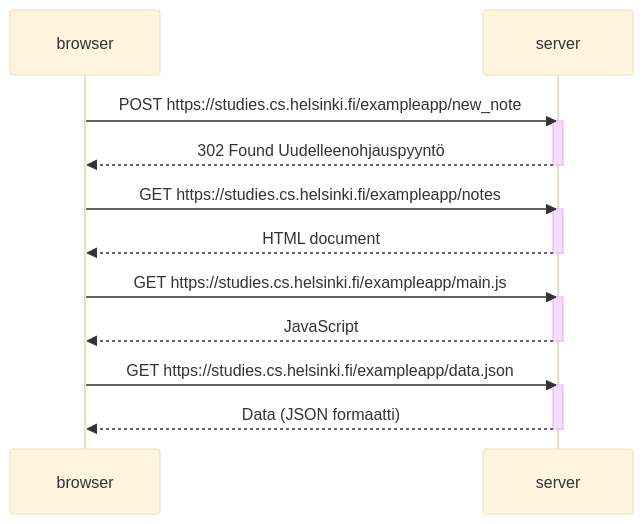
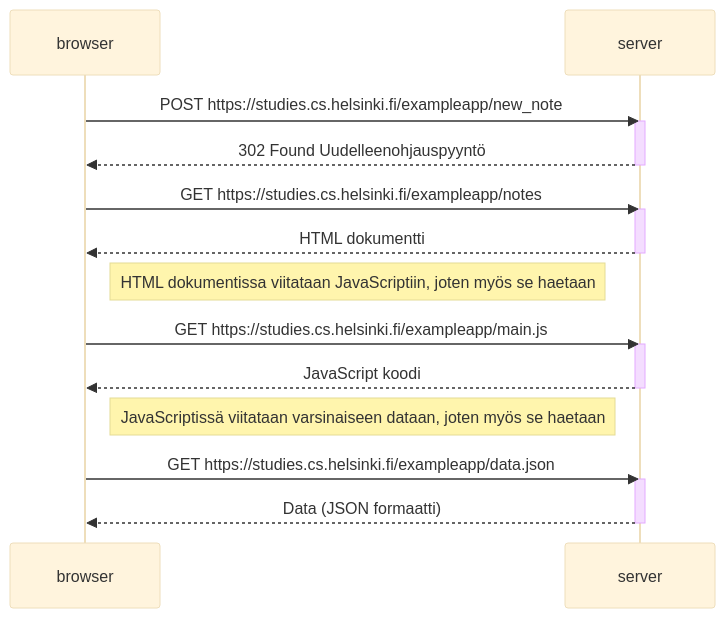
The diagram in osa0/new_note.md (mdsanna/full_stack_websovelluskehitys), drawn with Mermaid (base theme) before and after one commit.

````diff
--- a/osa0/new_note.md
+++ b/osa0/new_note.md
@@ -1,25 +1,27 @@
 ```mermaid
 sequenceDiagram
     participant browser
     participant server
 
 browser->>server: POST https://studies.cs.helsinki.fi/exampleapp/new_note
 activate server
 server-->>browser: 302 Found Uudelleenohjauspyyntö
 deactivate server
 
 browser->>server: GET https://studies.cs.helsinki.fi/exampleapp/notes
 activate server
-server-->>browser: HTML document
+server-->>browser: HTML dokumentti
 deactivate server
+Note right of browser: HTML dokumentissa viitataan JavaScriptiin, joten myös se haetaan
 
 browser->>server: GET https://studies.cs.helsinki.fi/exampleapp/main.js
 activate server
-server-->>browser: JavaScript
+server-->>browser: JavaScript koodi
 deactivate server
+Note right of browser: JavaScriptissä viitataan varsinaiseen dataan, joten myös se haetaan
 
 browser->>server: GET https://studies.cs.helsinki.fi/exampleapp/data.json
 activate server
 server-->>browser: Data (JSON formaatti)
 deactivate server
 ```
````
